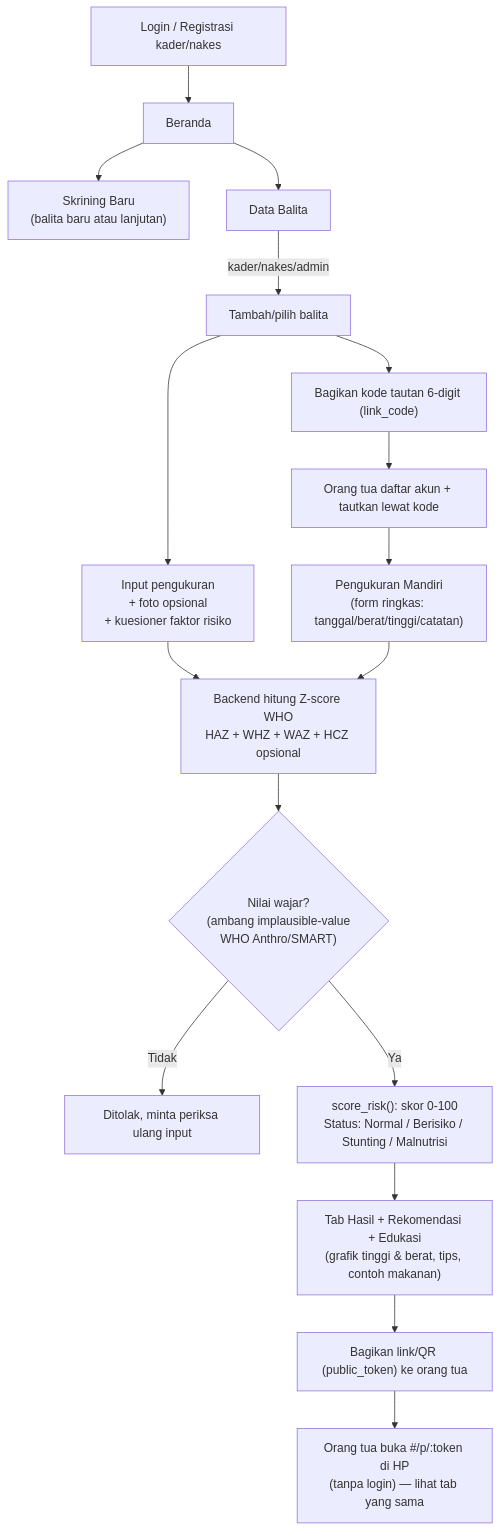
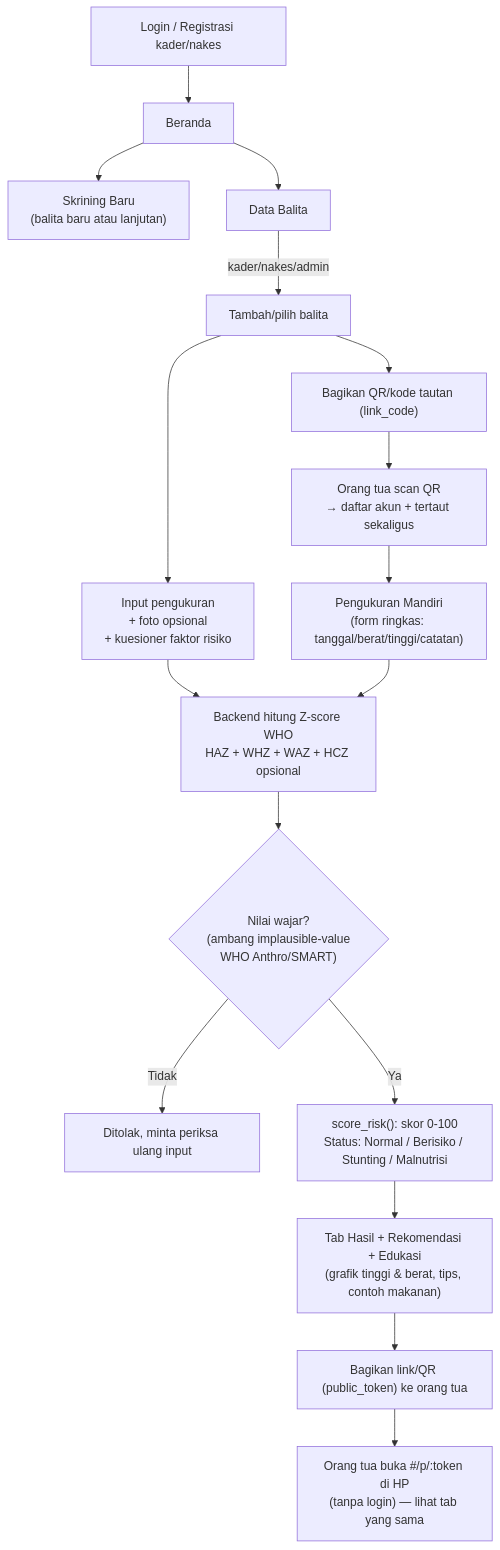
The diagram in README.md (alfinalkhoiri/smartgrowth), drawn with Mermaid before and after one commit. The commit also changed other lines of this file and 4 other files, not shown here.

First line of the commit message:
Collapse register + tautkan-balita into one QR scan for orangtua

````diff
--- a/README.md
+++ b/README.md
@@ -67,19 +67,19 @@
 ```mermaid
 flowchart TD
     A[Login / Registrasi kader/nakes] --> B[Beranda]
     B --> C["Skrining Baru<br/>(balita baru atau lanjutan)"]
     B --> D[Data Balita]
     D -->|kader/nakes/admin| E[Tambah/pilih balita]
     E --> F["Input pengukuran<br/>+ foto opsional<br/>+ kuesioner faktor risiko"]
     F --> G["Backend hitung Z-score WHO<br/>HAZ + WHZ + WAZ + HCZ opsional"]
     G --> H{"Nilai wajar?<br/>(ambang implausible-value<br/>WHO Anthro/SMART)"}
     H -->|Tidak| I[Ditolak, minta periksa ulang input]
     H -->|Ya| J["score_risk(): skor 0-100<br/>Status: Normal / Berisiko / Stunting / Malnutrisi"]
     J --> K["Tab Hasil + Rekomendasi + Edukasi<br/>(grafik tinggi & berat, tips, contoh makanan)"]
     K --> L["Bagikan link/QR (public_token) ke orang tua"]
     L --> M["Orang tua buka #/p/:token di HP<br/>(tanpa login) — lihat tab yang sama"]
-    E --> N["Bagikan kode tautan 6-digit (link_code)"]
-    N --> O["Orang tua daftar akun + tautkan lewat kode"]
+    E --> N["Bagikan QR/kode tautan (link_code)"]
+    N --> O["Orang tua scan QR<br/>→ daftar akun + tertaut sekaligus"]
     O --> P["Pengukuran Mandiri<br/>(form ringkas: tanggal/berat/tinggi/catatan)"]
     P --> G
 ```
````
